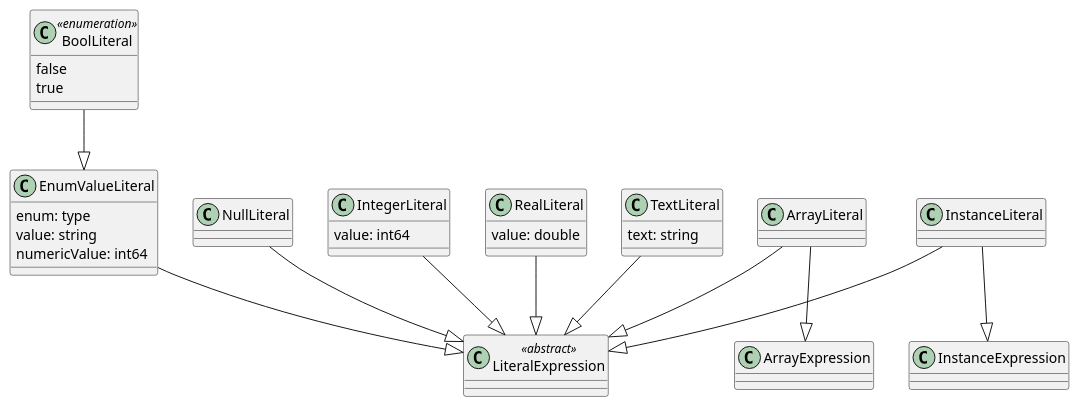
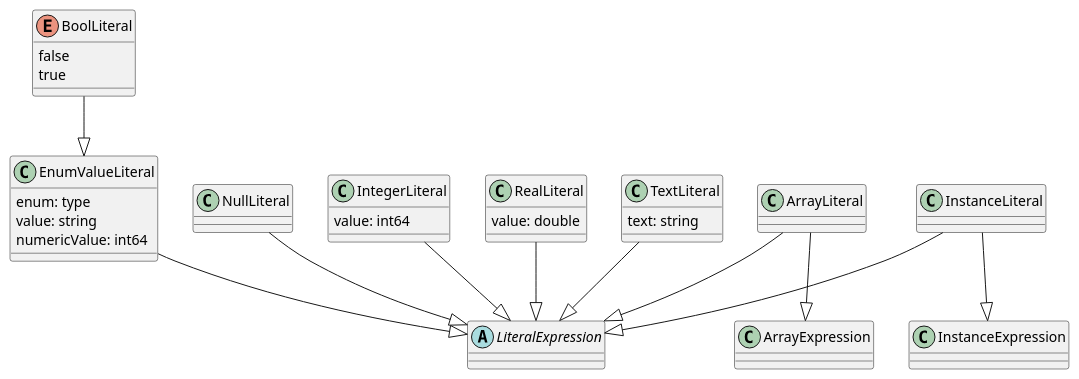
Before and after one commit to opengeospatial/styles-and-symbology: the fourth of 5 diagrams in core/sections/clause_7_core.adoc, drawn with PlantUML. The commit also changed other lines of this file and 8 other files, not shown here.

Commit message:
correction to plantuml naming conventions

```diff
--- a/core/sections/clause_7_core.adoc
+++ b/core/sections/clause_7_core.adoc
@@ -509,31 +509,31 @@
 [plantuml, target=diagram-classes, format=png]
 ....
-class LiteralExpression <<abstract>>
+abstract LiteralExpression
 
 TextLiteral --|> LiteralExpression
 TextLiteral : text: string
 
 EnumValueLiteral --|> LiteralExpression
 EnumValueLiteral : enum: type
 EnumValueLiteral : value: string
 EnumValueLiteral : numericValue: int64
 
-class BoolLiteral <<enumeration>>
+enum BoolLiteral
 BoolLiteral --|> EnumValueLiteral
 BoolLiteral : false
 BoolLiteral : true
 
 NullLiteral --|> LiteralExpression
 
 IntegerLiteral --|> LiteralExpression
 IntegerLiteral : value: int64
 
 RealLiteral --|> LiteralExpression
 RealLiteral : value: double
 
 ArrayLiteral --|> ArrayExpression
 ArrayLiteral --|> LiteralExpression
 
 InstanceLiteral --|> InstanceExpression
 InstanceLiteral --|> LiteralExpression
 ....
```
